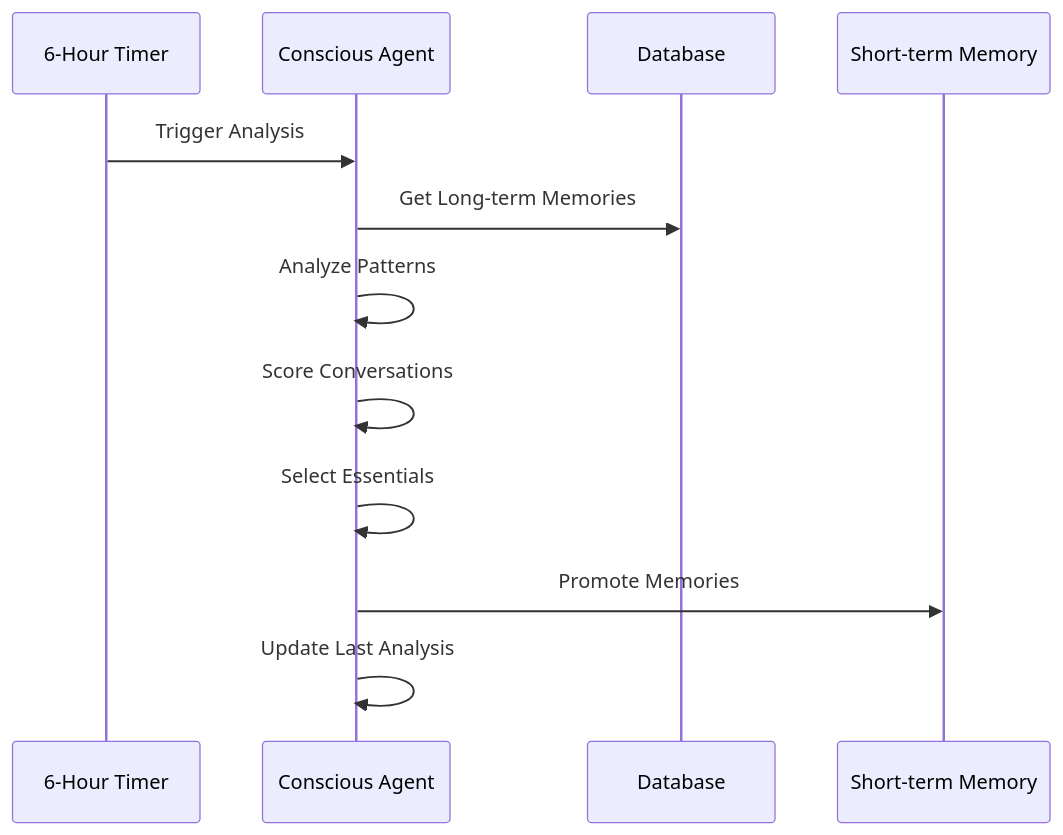
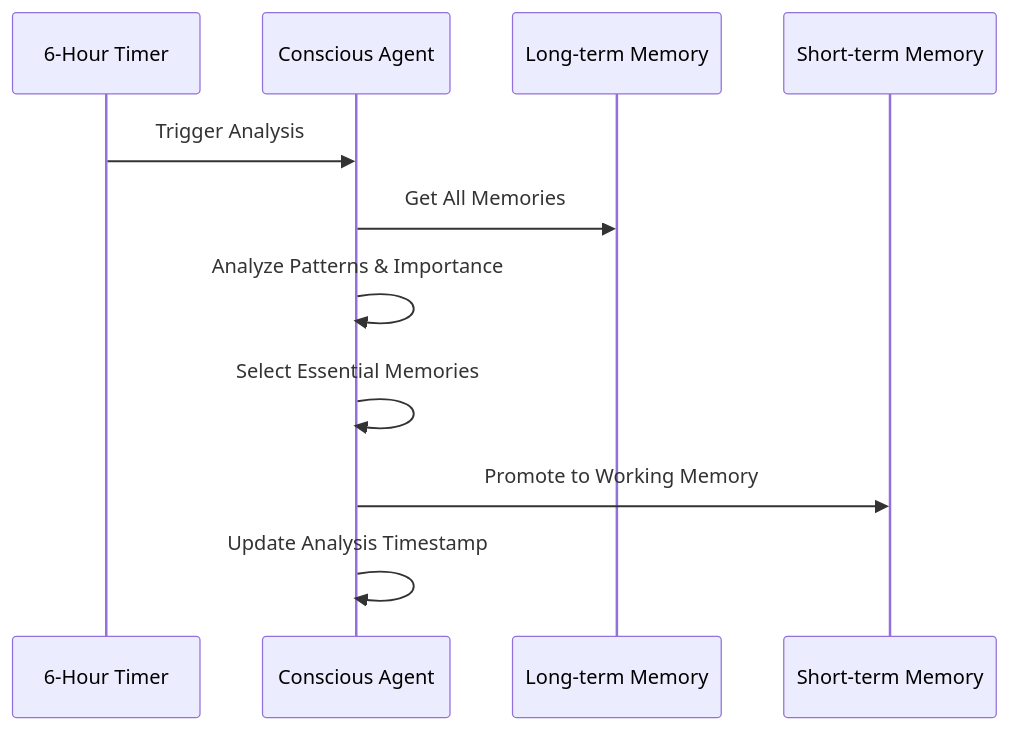
Before and after one commit to vishalbelsare/memori: the third of 5 diagrams in docs/open-source/architecture.md, drawn with Mermaid. The commit also changed other lines of this file and 9 other files, not shown here.

````diff
--- a/docs/open-source/architecture.md
+++ b/docs/open-source/architecture.md
@@ -177,15 +265,14 @@
 ```mermaid
 sequenceDiagram
     participant Timer as 6-Hour Timer
     participant CA as Conscious Agent
-    participant DB as Database
+    participant LTM as Long-term Memory
     participant STM as Short-term Memory
     
     Timer->>CA: Trigger Analysis
-    CA->>DB: Get Long-term Memories
-    CA->>CA: Analyze Patterns
-    CA->>CA: Score Conversations
-    CA->>CA: Select Essentials
-    CA->>STM: Promote Memories
-    CA->>CA: Update Last Analysis
+    CA->>LTM: Get All Memories
+    CA->>CA: Analyze Patterns & Importance
+    CA->>CA: Select Essential Memories
+    CA->>STM: Promote to Working Memory
+    CA->>CA: Update Analysis Timestamp
 ```
````
